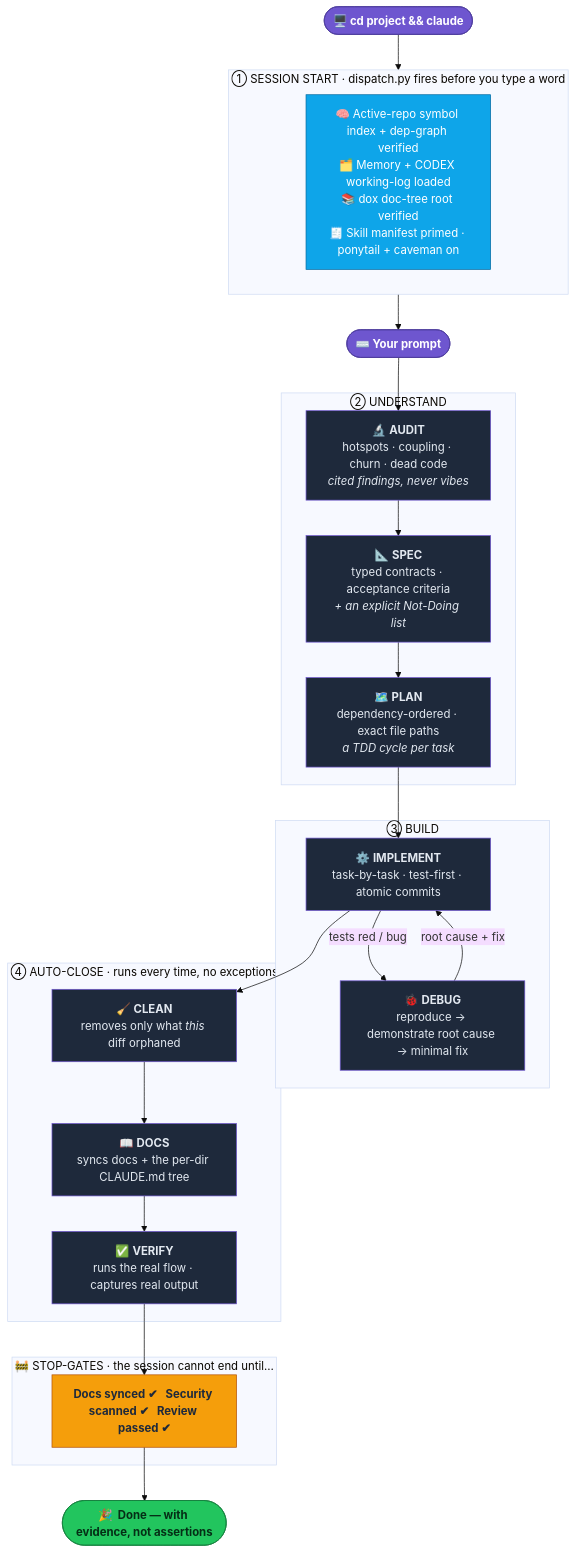
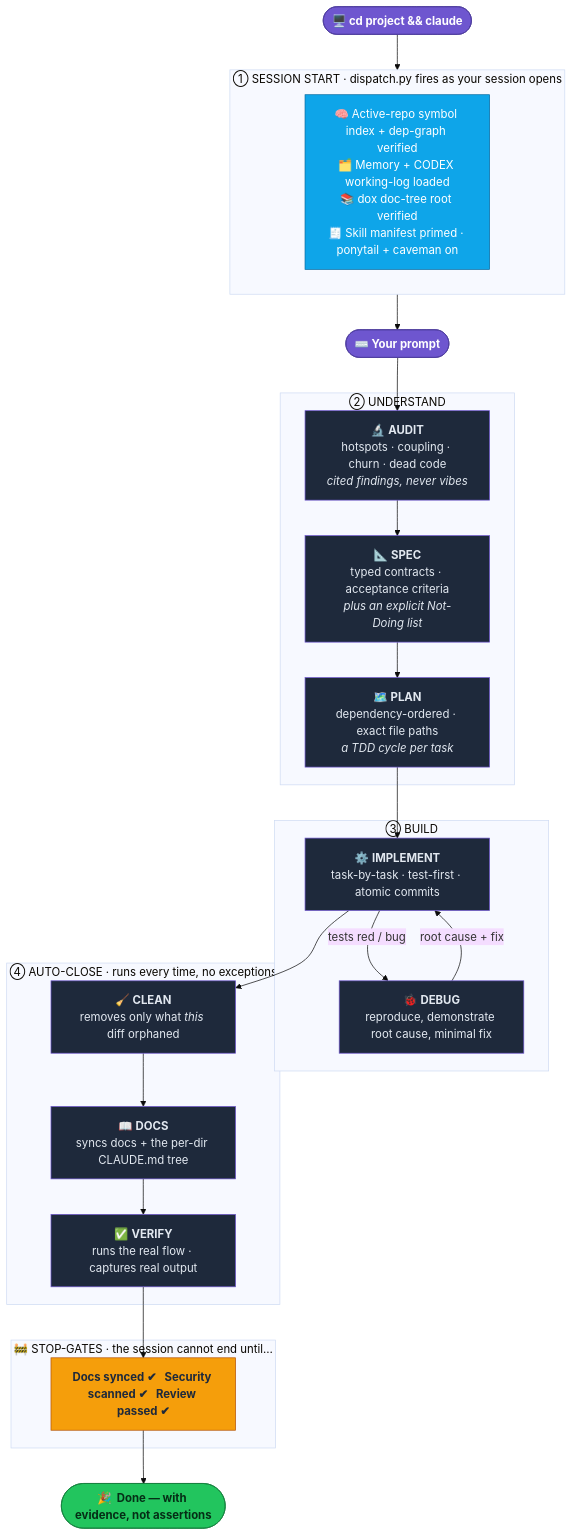
Before and after one commit to AjayIrkal23/agentic-mercy-10x: the second of 5 diagrams in README.md, drawn with Mermaid (base theme). The commit also changed other lines of this file, not shown here.

````diff
--- a/README.md
+++ b/README.md
@@ -86,47 +244,47 @@
 ```mermaid
 flowchart TD
     A(["🖥️  cd project && claude"]):::start --> S0
 
-    subgraph S0["①  SESSION START · dispatch.py fires before you type a word"]
+    subgraph S0["①  SESSION START · dispatch.py fires as your session opens"]
       B["🧠 Active-repo symbol index + dep-graph verified<br/>🗂️ Memory + CODEX working-log loaded<br/>📚 dox doc-tree root verified<br/>🧾 Skill manifest primed · ponytail + caveman on"]:::hook
     end
 
     S0 --> P(["⌨️  Your prompt"]):::start
 
     subgraph S1["②  UNDERSTAND"]
       AU["🔬 <b>AUDIT</b><br/>hotspots · coupling · churn · dead code<br/><i>cited findings, never vibes</i>"]:::agent
-      SP["📐 <b>SPEC</b><br/>typed contracts · acceptance criteria<br/><i>+ an explicit Not-Doing list</i>"]:::agent
+      SP["📐 <b>SPEC</b><br/>typed contracts · acceptance criteria<br/><i>plus an explicit Not-Doing list</i>"]:::agent
       PL["🗺️ <b>PLAN</b><br/>dependency-ordered · exact file paths<br/><i>a TDD cycle per task</i>"]:::agent
     end
 
     P --> AU --> SP --> PL
 
     subgraph S2["③  BUILD"]
       IM["⚙️ <b>IMPLEMENT</b><br/>task-by-task · test-first · atomic commits"]:::agent
-      DB["🐞 <b>DEBUG</b><br/>reproduce → demonstrate root cause → minimal fix"]:::agent
+      DB["🐞 <b>DEBUG</b><br/>reproduce, demonstrate root cause, minimal fix"]:::agent
     end
 
     PL --> IM
     IM -->|"tests red / bug"| DB
     DB -->|"root cause + fix"| IM
 
     subgraph S3["④  AUTO-CLOSE · runs every time, no exceptions"]
       CL["🧹 <b>CLEAN</b><br/>removes only what <i>this</i> diff orphaned"]:::agent
       DX["📖 <b>DOCS</b><br/>syncs docs + the per-dir CLAUDE.md tree"]:::agent
       VF["✅ <b>VERIFY</b><br/>runs the real flow · captures real output"]:::agent
     end
 
     IM --> CL --> DX --> VF
 
     subgraph GATES["🚧  STOP-GATES · the session cannot end until…"]
       G["Docs synced ✔   Security scanned ✔   Review passed ✔"]:::gate
     end
 
     VF --> G --> DONE(["🎉  Done — with evidence, not assertions"]):::done
 
     classDef start fill:#6E56CF,stroke:#4B3B9C,color:#fff,font-weight:bold
     classDef hook fill:#0EA5E9,stroke:#0369A1,color:#fff
     classDef agent fill:#1E293B,stroke:#6E56CF,color:#E2E8F0
     classDef gate fill:#F59E0B,stroke:#B45309,color:#1E293B,font-weight:bold
     classDef done fill:#22C55E,stroke:#15803D,color:#052e16,font-weight:bold
 ```
````
